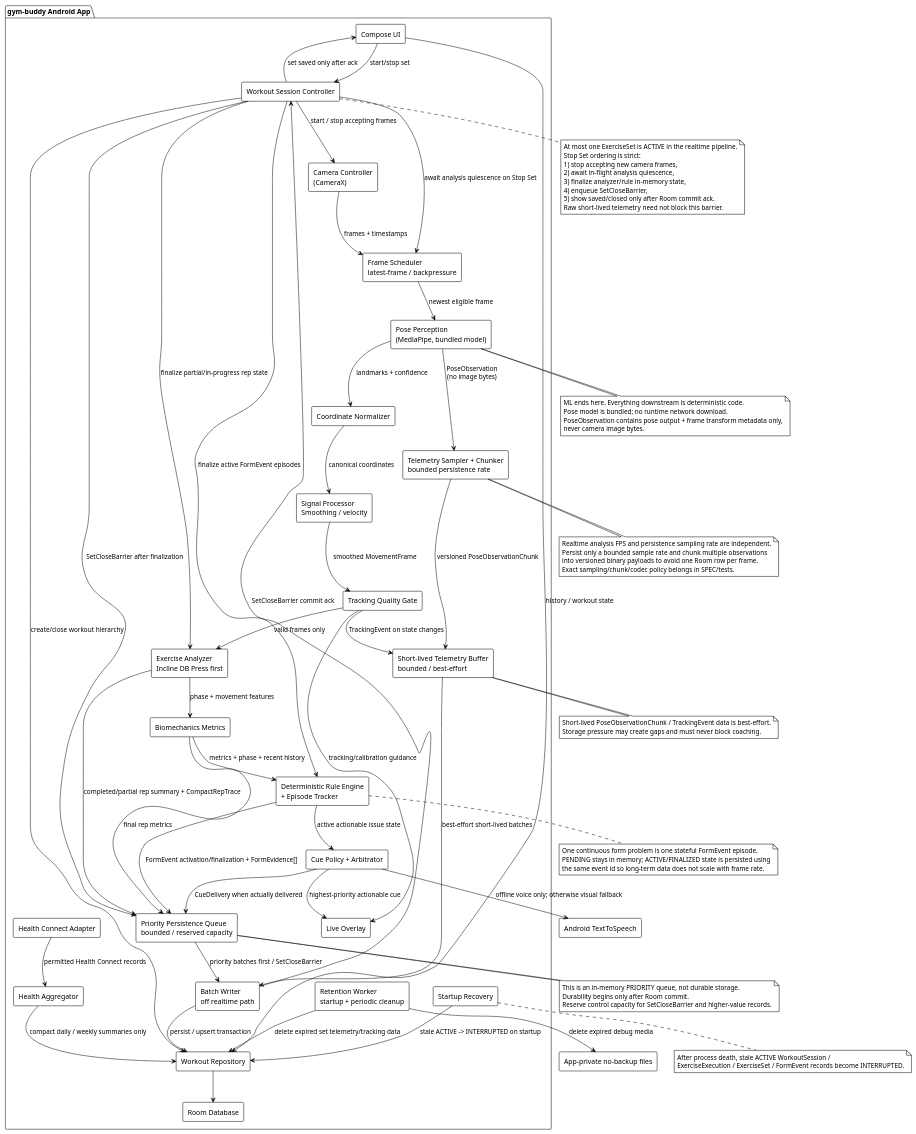
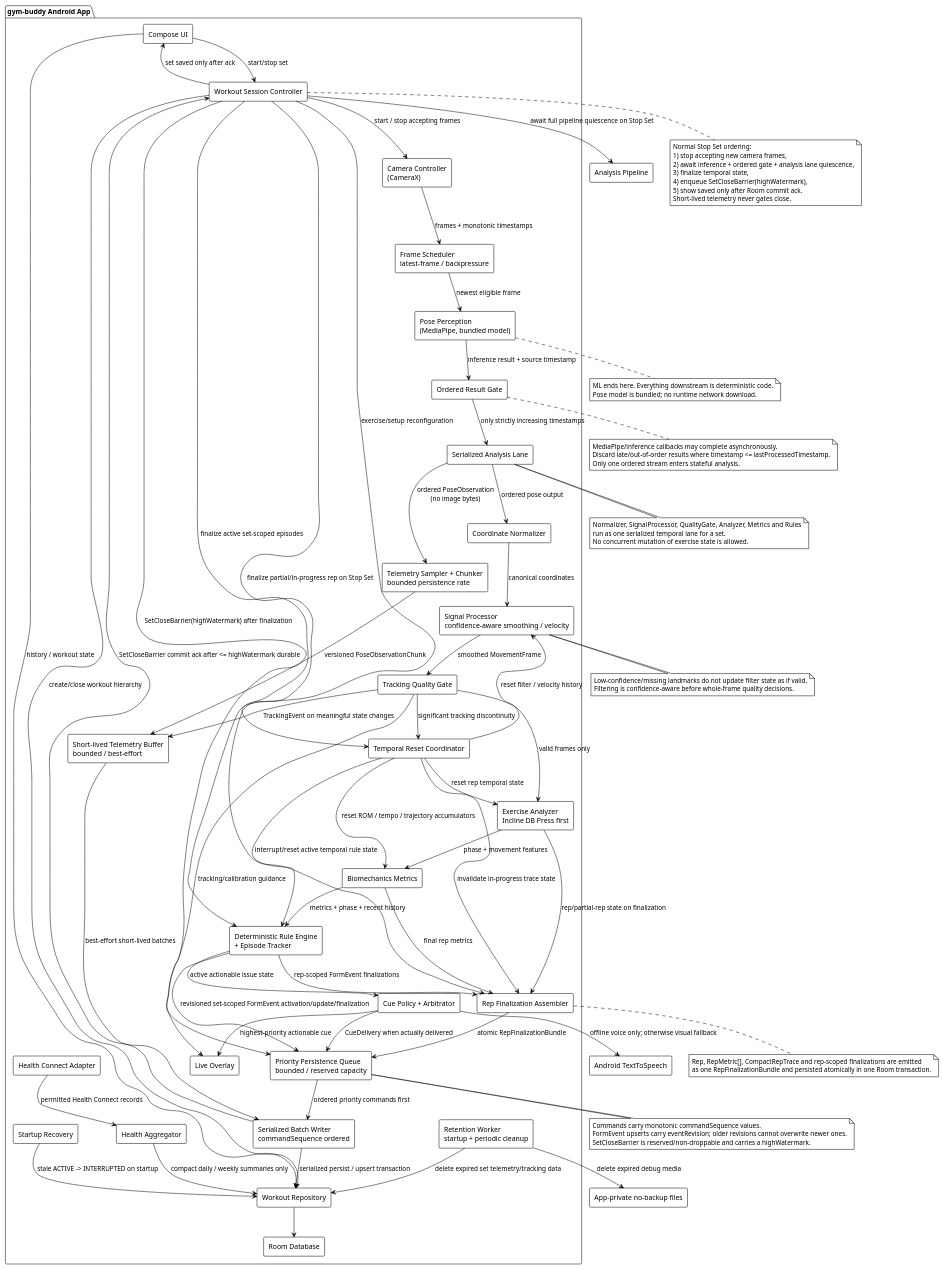
Before and after one commit to lazerta/gym-buddy: the diagram in docs/uml/02-android-components.puml, drawn with PlantUML.

Commit message:
Finalize v0.8 Android component architecture

```diff
--- a/docs/uml/02-android-components.puml
+++ b/docs/uml/02-android-components.puml
@@ -1,120 +1,134 @@
 @startuml
 !theme plain
 skinparam shadowing false
 skinparam componentStyle rectangle
 
 package "gym-buddy Android App" {
   [Compose UI] as UI
   [Workout Session Controller] as Session
   [Camera Controller\n(CameraX)] as Camera
   [Frame Scheduler\nlatest-frame / backpressure] as Scheduler
   [Pose Perception\n(MediaPipe, bundled model)] as Pose
+  [Ordered Result Gate] as Ordered
+  [Serialized Analysis Lane] as AnalysisLane
   [Coordinate Normalizer] as Normalize
-  [Signal Processor\nSmoothing / velocity] as Signal
+  [Signal Processor\nconfidence-aware smoothing / velocity] as Signal
   [Tracking Quality Gate] as Quality
+  [Temporal Reset Coordinator] as Reset
   [Exercise Analyzer\nIncline DB Press first] as Analyzer
   [Biomechanics Metrics] as Metrics
   [Deterministic Rule Engine\n+ Episode Tracker] as Rules
   [Cue Policy + Arbitrator] as CuePolicy
+  [Rep Finalization Assembler] as RepFinalize
   [Live Overlay] as Overlay
   [Telemetry Sampler + Chunker\nbounded persistence rate] as TelemetryStage
   [Short-lived Telemetry Buffer\nbounded / best-effort] as TelemetryBuffer
   [Priority Persistence Queue\nbounded / reserved capacity] as PriorityQueue
-  [Batch Writer\noff realtime path] as BatchWriter
+  [Serialized Batch Writer\ncommandSequence ordered] as BatchWriter
   [Workout Repository] as Repo
   [Health Connect Adapter] as Health
   [Health Aggregator] as HealthAgg
   [Retention Worker\nstartup + periodic cleanup] as Retention
   [Startup Recovery] as Recovery
   [Room Database] as Room
 }
 
 UI --> Session : start/stop set
 Session --> Repo : create/close workout hierarchy
 Session --> Camera : start / stop accepting frames
-Session --> Scheduler : await analysis quiescence on Stop Set
-Session --> Analyzer : finalize partial/in-progress rep state
-Session --> Rules : finalize active FormEvent episodes
-Session --> PriorityQueue : SetCloseBarrier after finalization
-Camera --> Scheduler : frames + timestamps
+Session --> [Analysis Pipeline] : await full pipeline quiescence on Stop Set
+Session --> Reset : exercise/setup reconfiguration
+Session --> RepFinalize : finalize partial/in-progress rep on Stop Set
+Session --> Rules : finalize active set-scoped episodes
+Session --> PriorityQueue : SetCloseBarrier(highWatermark) after finalization
+
+Camera --> Scheduler : frames + monotonic timestamps
 Scheduler --> Pose : newest eligible frame
-Pose --> TelemetryStage : PoseObservation\n(no image bytes)
+Pose --> Ordered : inference result + source timestamp
+Ordered --> AnalysisLane : only strictly increasing timestamps
+AnalysisLane --> TelemetryStage : ordered PoseObservation\n(no image bytes)
+AnalysisLane --> Normalize : ordered pose output
 TelemetryStage --> TelemetryBuffer : versioned PoseObservationChunk
-Pose --> Normalize : landmarks + confidence
 Normalize --> Signal : canonical coordinates
 Signal --> Quality : smoothed MovementFrame
 Quality --> Analyzer : valid frames only
 Quality --> Overlay : tracking/calibration guidance
-Quality --> TelemetryBuffer : TrackingEvent on state changes
+Quality --> TelemetryBuffer : TrackingEvent on meaningful state changes
+Quality --> Reset : significant tracking discontinuity
+Reset --> Signal : reset filter / velocity history
+Reset --> Analyzer : reset rep temporal state
+Reset --> Metrics : reset ROM / tempo / trajectory accumulators
+Reset --> Rules : interrupt/reset active temporal rule state
+Reset --> RepFinalize : invalidate in-progress trace state
+
 Analyzer --> Metrics : phase + movement features
 Metrics --> Rules : metrics + phase + recent history
 Rules --> CuePolicy : active actionable issue state
 CuePolicy --> Overlay : highest-priority actionable cue
 CuePolicy --> [Android TextToSpeech] : offline voice only; otherwise visual fallback
 
-Analyzer --> PriorityQueue : completed/partial rep summary + CompactRepTrace
-Metrics --> PriorityQueue : final rep metrics
-Rules --> PriorityQueue : FormEvent activation/finalization + FormEvidence[]
+Analyzer --> RepFinalize : rep/partial-rep state on finalization
+Metrics --> RepFinalize : final rep metrics
+Rules --> RepFinalize : rep-scoped FormEvent finalizations
+RepFinalize --> PriorityQueue : atomic RepFinalizationBundle
+Rules --> PriorityQueue : revisioned set-scoped FormEvent activation/update/finalization
 CuePolicy --> PriorityQueue : CueDelivery when actually delivered
+
 TelemetryBuffer --> BatchWriter : best-effort short-lived batches
-PriorityQueue --> BatchWriter : priority batches first / SetCloseBarrier
-BatchWriter --> Repo : persist / upsert transaction
+PriorityQueue --> BatchWriter : ordered priority commands first
+BatchWriter --> Repo : serialized persist / upsert transaction
 Repo --> Room
-BatchWriter --> Session : SetCloseBarrier commit ack
+BatchWriter --> Session : SetCloseBarrier commit ack after <= highWatermark durable
 Session --> UI : set saved only after ack
 
 Health --> HealthAgg : permitted Health Connect records
 HealthAgg --> Repo : compact daily / weekly summaries only
 Retention --> Repo : delete expired set telemetry/tracking data
 Retention --> [App-private no-backup files] : delete expired debug media
 Recovery --> Repo : stale ACTIVE -> INTERRUPTED on startup
 UI --> Repo : history / workout state
 
 note bottom of Pose
 ML ends here. Everything downstream is deterministic code.
 Pose model is bundled; no runtime network download.
-PoseObservation contains pose output + frame transform metadata only,
-never camera image bytes.
 end note
 
-note bottom of TelemetryStage
-Realtime analysis FPS and persistence sampling rate are independent.
-Persist only a bounded sample rate and chunk multiple observations
-into versioned binary payloads to avoid one Room row per frame.
-Exact sampling/chunk/codec policy belongs in SPEC/tests.
+note bottom of Ordered
+MediaPipe/inference callbacks may complete asynchronously.
+Discard late/out-of-order results where timestamp <= lastProcessedTimestamp.
+Only one ordered stream enters stateful analysis.
+end note
+
+note bottom of AnalysisLane
+Normalizer, SignalProcessor, QualityGate, Analyzer, Metrics and Rules
+run as one serialized temporal lane for a set.
+No concurrent mutation of exercise state is allowed.
+end note
+
+note bottom of Signal
+Low-confidence/missing landmarks do not update filter state as if valid.
+Filtering is confidence-aware before whole-frame quality decisions.
+end note
+
+note bottom of RepFinalize
+Rep, RepMetric[], CompactRepTrace and rep-scoped finalizations are emitted
+as one RepFinalizationBundle and persisted atomically in one Room transaction.
+end note
+
+note bottom of PriorityQueue
+Commands carry monotonic commandSequence values.
+FormEvent upserts carry eventRevision; older revisions cannot overwrite newer ones.
+SetCloseBarrier is reserved/non-droppable and carries a highWatermark.
 end note
 
 note bottom of Session
-At most one ExerciseSet is ACTIVE in the realtime pipeline.
-Stop Set ordering is strict:
+Normal Stop Set ordering:
 1) stop accepting new camera frames,
-2) await in-flight analysis quiescence,
-3) finalize analyzer/rule in-memory state,
-4) enqueue SetCloseBarrier,
-5) show saved/closed only after Room commit ack.
-Raw short-lived telemetry need not block this barrier.
-end note
-
-note bottom of Rules
-One continuous form problem is one stateful FormEvent episode.
-PENDING stays in memory; ACTIVE/FINALIZED state is persisted using
-the same event id so long-term data does not scale with frame rate.
-end note
-
-note bottom of TelemetryBuffer
-Short-lived PoseObservationChunk / TrackingEvent data is best-effort.
-Storage pressure may create gaps and must never block coaching.
-end note
-
-note bottom of PriorityQueue
-This is an in-memory PRIORITY queue, not durable storage.
-Durability begins only after Room commit.
-Reserve control capacity for SetCloseBarrier and higher-value records.
-end note
-
-note bottom of Recovery
-After process death, stale ACTIVE WorkoutSession /
-ExerciseExecution / ExerciseSet / FormEvent records become INTERRUPTED.
+2) await inference + ordered gate + analysis lane quiescence,
+3) finalize temporal state,
+4) enqueue SetCloseBarrier(highWatermark),
+5) show saved only after Room commit ack.
+Short-lived telemetry never gates close.
 end note
 
 @enduml
```
